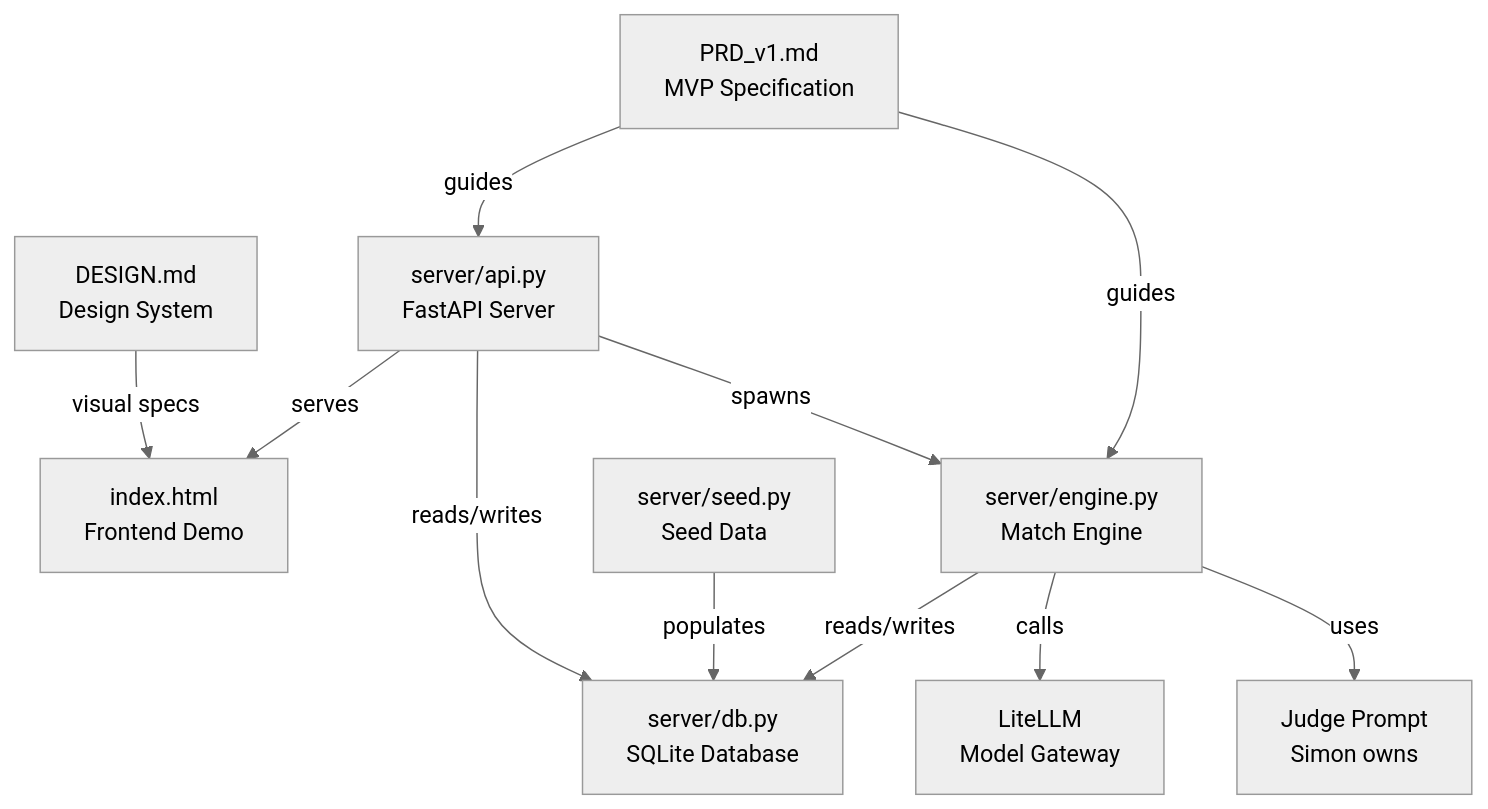
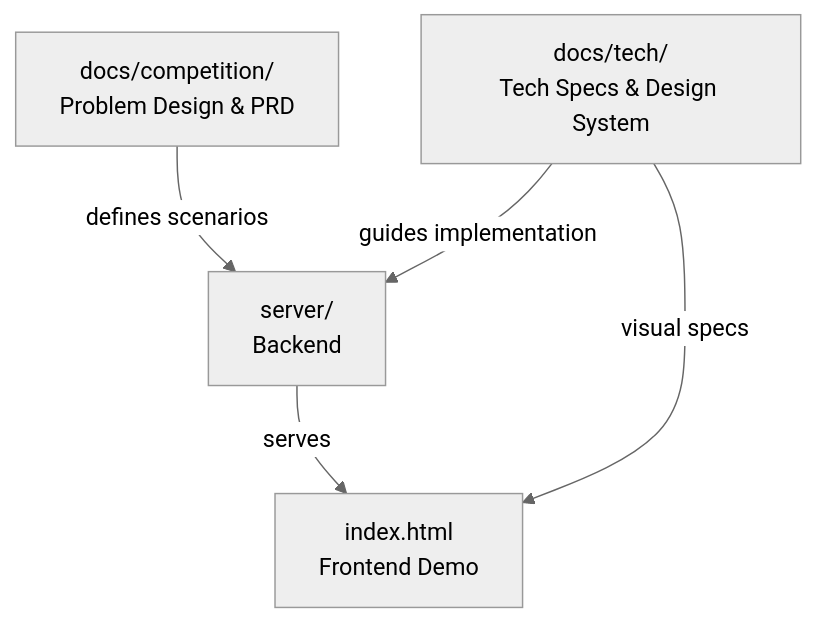
Before and after one commit to paideia-ai/axiia-cup: the diagram in index.md, drawn with Mermaid (neutral theme). The commit also changed other lines of this file and 19 other files, not shown here.

First line of the commit message:
Reorganize docs into tech/competition subdirs + merge problem designs

````diff
--- a/index.md
+++ b/index.md
@@ -25,23 +27,12 @@
 ```mermaid
 graph TD
-    PRD[PRD_v1.md<br/>MVP Specification]
-    DESIGN[DESIGN.md<br/>Design System]
+    COMP[docs/competition/<br/>Problem Design & PRD]
+    TECH[docs/tech/<br/>Tech Specs & Design System]
     FRONTEND[index.html<br/>Frontend Demo]
-    DB[server/db.py<br/>SQLite Database]
-    ENGINE[server/engine.py<br/>Match Engine]
-    API[server/api.py<br/>FastAPI Server]
-    SEED[server/seed.py<br/>Seed Data]
-    LITELLM[LiteLLM<br/>Model Gateway]
-    JUDGE[Judge Prompt<br/>Simon owns]
+    SERVER[server/<br/>Backend]
 
-    PRD -->|guides| API
-    PRD -->|guides| ENGINE
-    DESIGN -->|visual specs| FRONTEND
-    API -->|serves| FRONTEND
-    API -->|reads/writes| DB
-    ENGINE -->|reads/writes| DB
-    ENGINE -->|calls| LITELLM
-    ENGINE -->|uses| JUDGE
-    SEED -->|populates| DB
-    API -->|spawns| ENGINE
+    COMP -->|defines scenarios| SERVER
+    TECH -->|guides implementation| SERVER
+    TECH -->|visual specs| FRONTEND
+    SERVER -->|serves| FRONTEND
 ```
````
